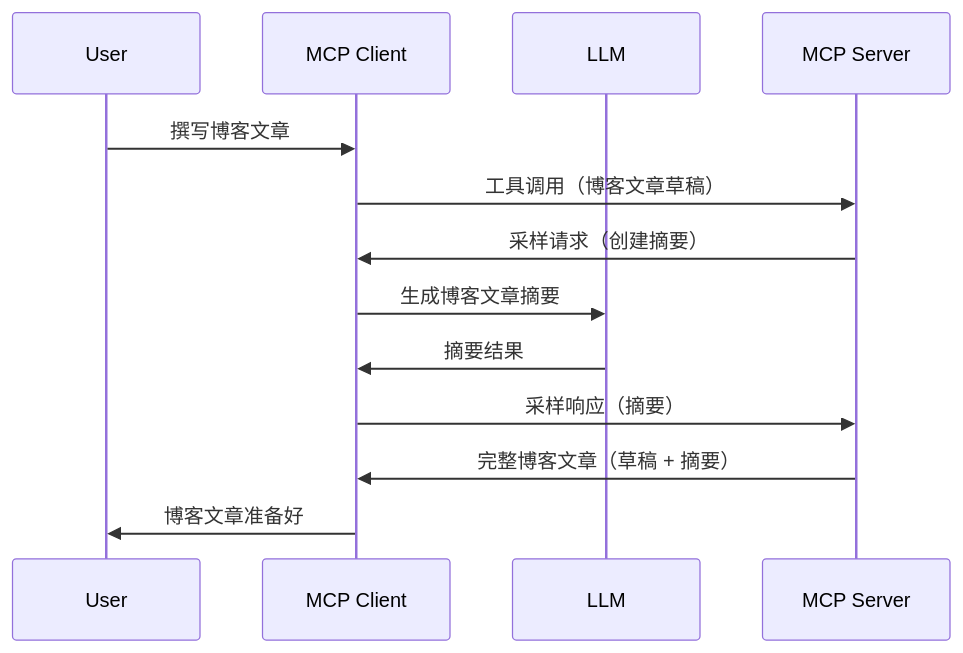
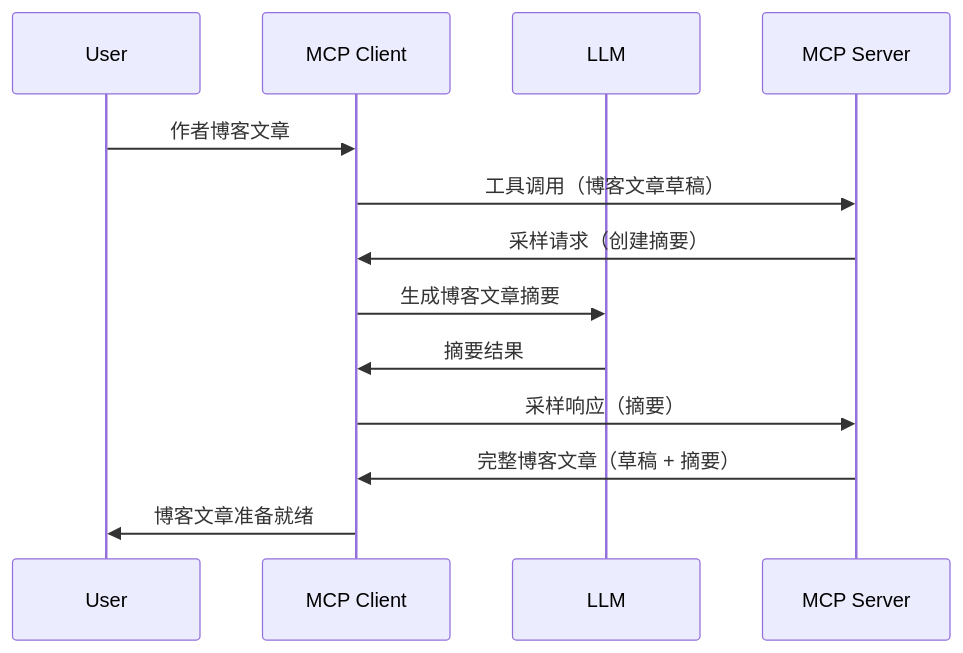
One commit to HIDORAKAI002/ai-workspace-archive changed the diagram in mcp_ecosystem__model_context_protocol/mcp_learning_resources/mcp-for-beginners/translations/zh-CN/03-GettingStarted/14-sampling/README.md. Above: the diagram before and after it, drawn with Mermaid. The commit also changed other lines of this file and 1046 other files, not shown here.

````diff
--- a/mcp_ecosystem__model_context_protocol/mcp_learning_resources/mcp-for-beginners/translations/zh-CN/03-GettingStarted/14-sampling/README.md
+++ b/mcp_ecosystem__model_context_protocol/mcp_learning_resources/mcp-for-beginners/translations/zh-CN/03-GettingStarted/14-sampling/README.md
@@ -23,16 +25,16 @@
 ```mermaid
 sequenceDiagram
     participant User
     participant MCP Client
     participant LLM
     participant MCP Server
 
-    User->>MCP Client: 撰写博客文章
+    User->>MCP Client: 作者博客文章
     MCP Client->>MCP Server: 工具调用（博客文章草稿）
     MCP Server->>MCP Client: 采样请求（创建摘要）
     MCP Client->>LLM: 生成博客文章摘要
     LLM->>MCP Client: 摘要结果
     MCP Client->>MCP Server: 采样响应（摘要）
     MCP Server->>MCP Client: 完整博客文章（草稿 + 摘要）
-    MCP Client->>User: 博客文章准备好
+    MCP Client->>User: 博客文章准备就绪
 ```
````
